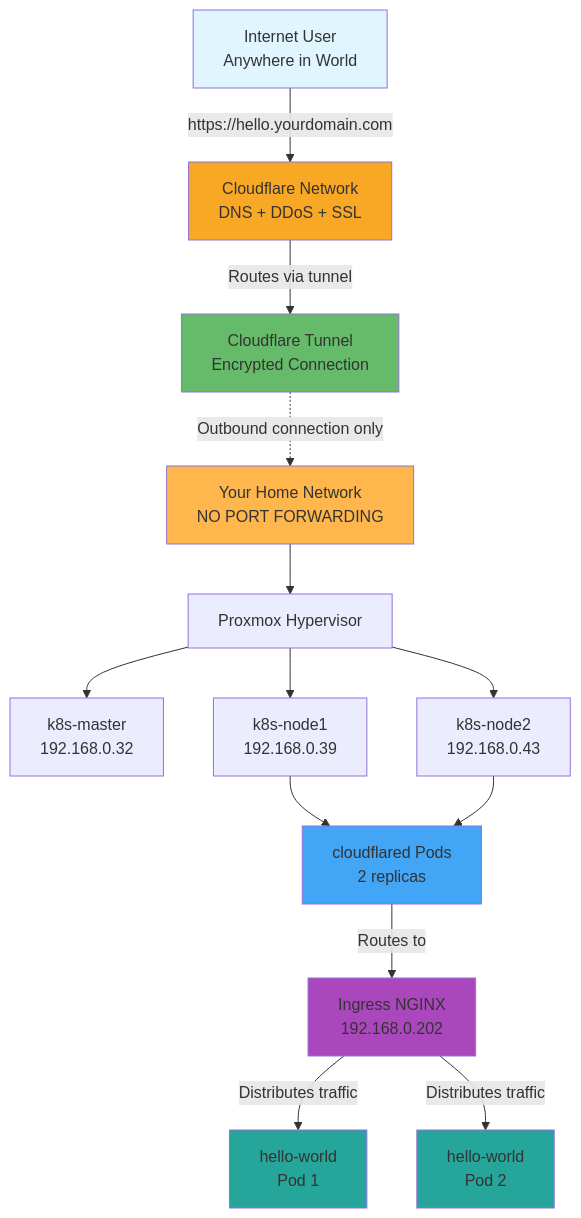
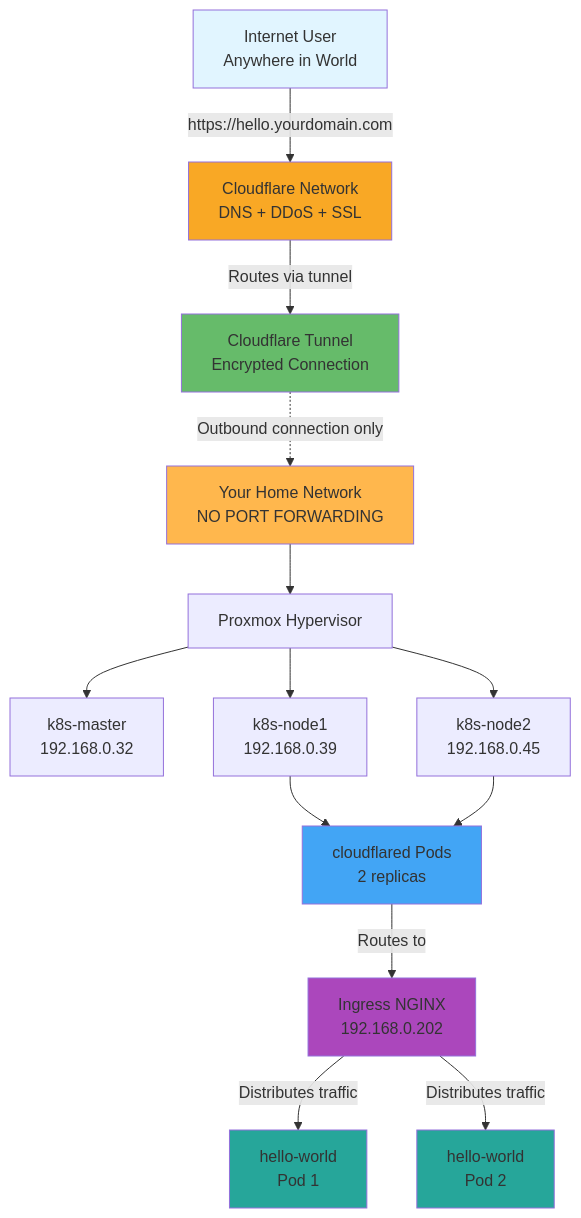
Before and after one commit to kennydukor/HomeLabSetup: the first of 2 diagrams in README.md, drawn with Mermaid.

Commit message:
Update Node2 IP address in README

````diff
--- a/README.md
+++ b/README.md
@@ -411,37 +411,37 @@
 ```mermaid
 graph TB
     User[Internet User<br/>Anywhere in World]
     CF[Cloudflare Network<br/>DNS + DDoS + SSL]
     Tunnel[Cloudflare Tunnel<br/>Encrypted Connection]
     Home[Your Home Network<br/>NO PORT FORWARDING]
     Prox[Proxmox Hypervisor]
     Master[k8s-master<br/>192.168.0.32]
     Node1[k8s-node1<br/>192.168.0.39]
-    Node2[k8s-node2<br/>192.168.0.43]
+    Node2[k8s-node2<br/>192.168.0.45]
     CF_Pods[cloudflared Pods<br/>2 replicas]
     Ingress[Ingress NGINX<br/>192.168.0.202]
     App1[hello-world<br/>Pod 1]
     App2[hello-world<br/>Pod 2]
     
     User -->|https://hello.yourdomain.com| CF
     CF -->|Routes via tunnel| Tunnel
     Tunnel -.->|Outbound connection only| Home
     Home --> Prox
     Prox --> Master
     Prox --> Node1
     Prox --> Node2
     Node1 --> CF_Pods
     Node2 --> CF_Pods
     CF_Pods -->|Routes to| Ingress
     Ingress -->|Distributes traffic| App1
     Ingress -->|Distributes traffic| App2
     
     style User fill:#e1f5ff
     style CF fill:#f9a825
     style Tunnel fill:#66bb6a
     style Home fill:#ffb74d
     style CF_Pods fill:#42a5f5
     style Ingress fill:#ab47bc
     style App1 fill:#26a69a
     style App2 fill:#26a69a
 ```
````
